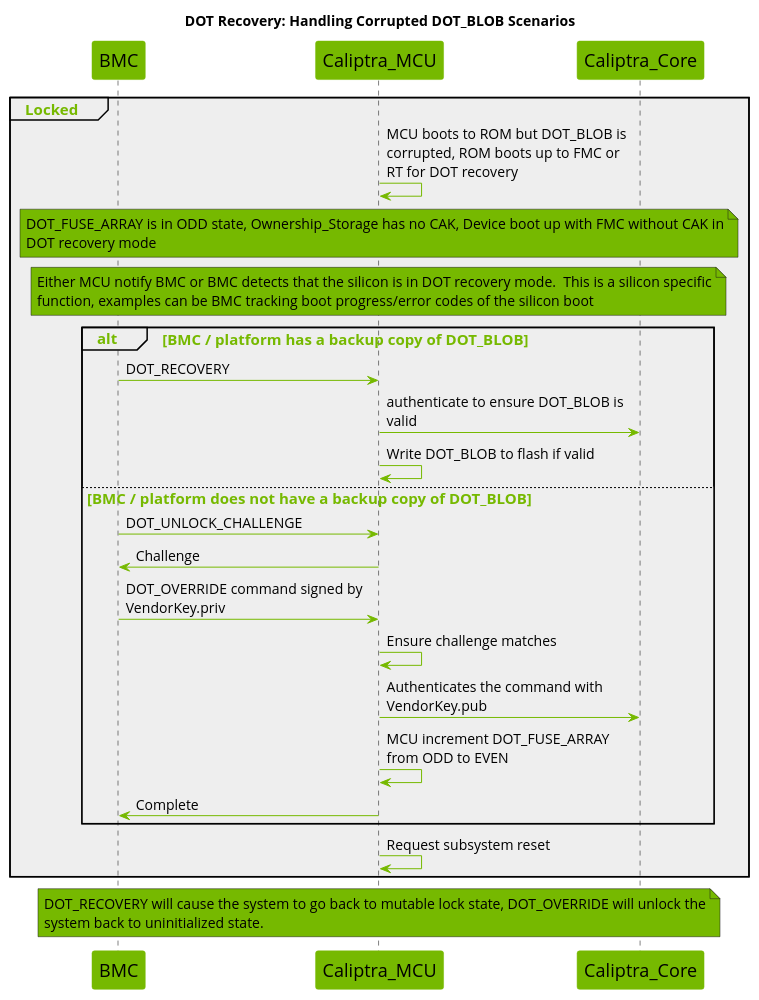
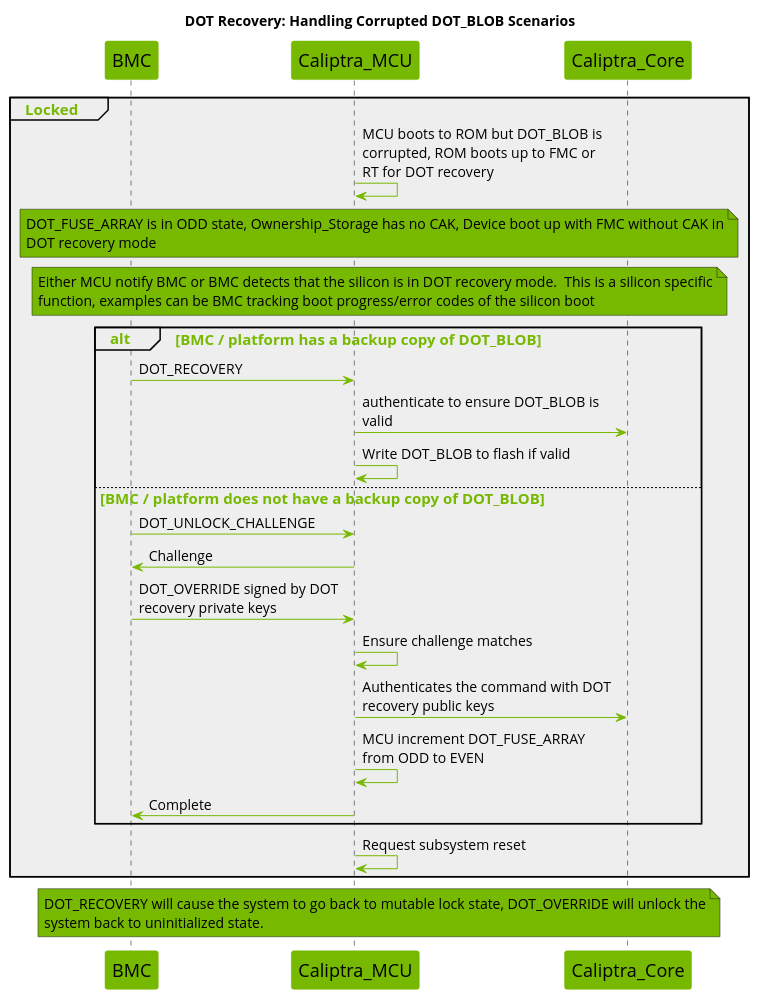
Before and after one commit to chipsalliance/caliptra-mcu-sw: the eighth of 8 diagrams in docs/src/dot.md, drawn with PlantUML. The commit also changed other lines of this file and 6 other files, not shown here.

Commit message:
docs: document runtime DOT command family

````diff
--- a/docs/src/dot.md
+++ b/docs/src/dot.md
@@ -1175,58 +1091,58 @@
 ```plantuml
 @startuml
 
 title DOT Recovery: Handling Corrupted DOT_BLOB Scenarios
 
 skinparam maxMessageSize 250
 skinparam wrapWidth 700
 skinparam backgroundColor white
 skinparam NoteBackgroundColor #76b900
 skinparam NoteFontSize 14
 skinparam SequenceGroupBodyBackgroundColor #EEEEEE
 skinparam defaultFontName Open Sans
 
 skinparam sequence {
     ArrowColor #76b900
     ActorBorderColor #76b900
     LifeLineBorderColor #000000
     LifeLineBackgroundColor #76b900
     GroupHeaderFontsize 15
     GroupHeaderFontColor #76b900
     GroupFontSize 15
     GroupFontColor #76b900
     ArrowFontSize 15
     ParticipantBorderColor #76b900
     ParticipantBackgroundColor #76b900
     ParticipantFontSize 18
     ParticipantFontColor black
     ArrowFontSize 14
 }
 
 participant BMC
 participant Caliptra_MCU
 participant Caliptra_Core
 
 group Locked
     Caliptra_MCU -> Caliptra_MCU : MCU boots to ROM but DOT_BLOB is corrupted, ROM boots up to FMC or RT for DOT recovery
     note across : DOT_FUSE_ARRAY is in ODD state, Ownership_Storage has no CAK, Device boot up with FMC without CAK in DOT recovery mode
     note across : Either MCU notify BMC or BMC detects that the silicon is in DOT recovery mode.  This is a silicon specific function, examples can be BMC tracking boot progress/error codes of the silicon boot
     alt BMC / platform has a backup copy of DOT_BLOB
         BMC -> Caliptra_MCU : DOT_RECOVERY
         Caliptra_MCU -> Caliptra_Core : authenticate to ensure DOT_BLOB is valid
         Caliptra_MCU -> Caliptra_MCU : Write DOT_BLOB to flash if valid
     else BMC / platform does not have a backup copy of DOT_BLOB
         BMC -> Caliptra_MCU : DOT_UNLOCK_CHALLENGE
         Caliptra_MCU -> BMC : Challenge
-        BMC -> Caliptra_MCU : DOT_OVERRIDE command signed by VendorKey.priv
+        BMC -> Caliptra_MCU : DOT_OVERRIDE signed by DOT recovery private keys
         Caliptra_MCU -> Caliptra_MCU : Ensure challenge matches
-        Caliptra_MCU -> Caliptra_Core : Authenticates the command with VendorKey.pub
+        Caliptra_MCU -> Caliptra_Core : Authenticates the command with DOT recovery public keys
         Caliptra_MCU -> Caliptra_MCU : MCU increment DOT_FUSE_ARRAY from ODD to EVEN
         Caliptra_MCU -> BMC : Complete
     end
     Caliptra_MCU -> Caliptra_MCU : Request subsystem reset
 end
 note across : DOT_RECOVERY will cause the system to go back to mutable lock state, DOT_OVERRIDE will unlock the system back to uninitialized state.
 
 
 @enduml
 ```
````
